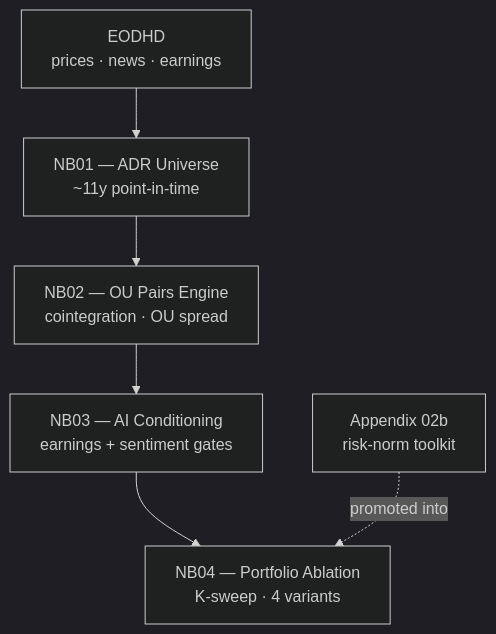
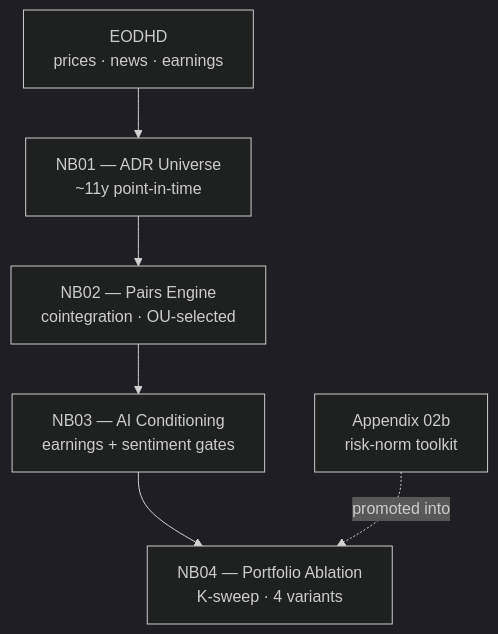
The diagram in README.md (FranQuant/ai-pairs-trading), drawn with Mermaid (dark theme) before and after one commit. The commit also changed other lines of this file and 1 other file, not shown here.

Commit message:
v1.1: cointegration-only baseline — OU contribution test, 4-variant ablation, equity chart

````diff
--- a/README.md
+++ b/README.md
@@ -11,9 +11,9 @@
 ```mermaid
 flowchart TD
     DATA["EODHD<br/>prices · news · earnings"] --> NB01
     NB01["NB01 — ADR Universe<br/>~11y point-in-time"] --> NB02
-    NB02["NB02 — OU Pairs Engine<br/>cointegration · OU spread"] --> NB03
+    NB02["NB02 — Pairs Engine<br/>cointegration · OU-selected"] --> NB03
     NB03["NB03 — AI Conditioning<br/>earnings + sentiment gates"] --> NB04
     NB04["NB04 — Portfolio Ablation<br/>K-sweep · 4 variants"]
     APP["Appendix 02b<br/>risk-norm toolkit"] -.->|promoted into| NB04
 ```
````
